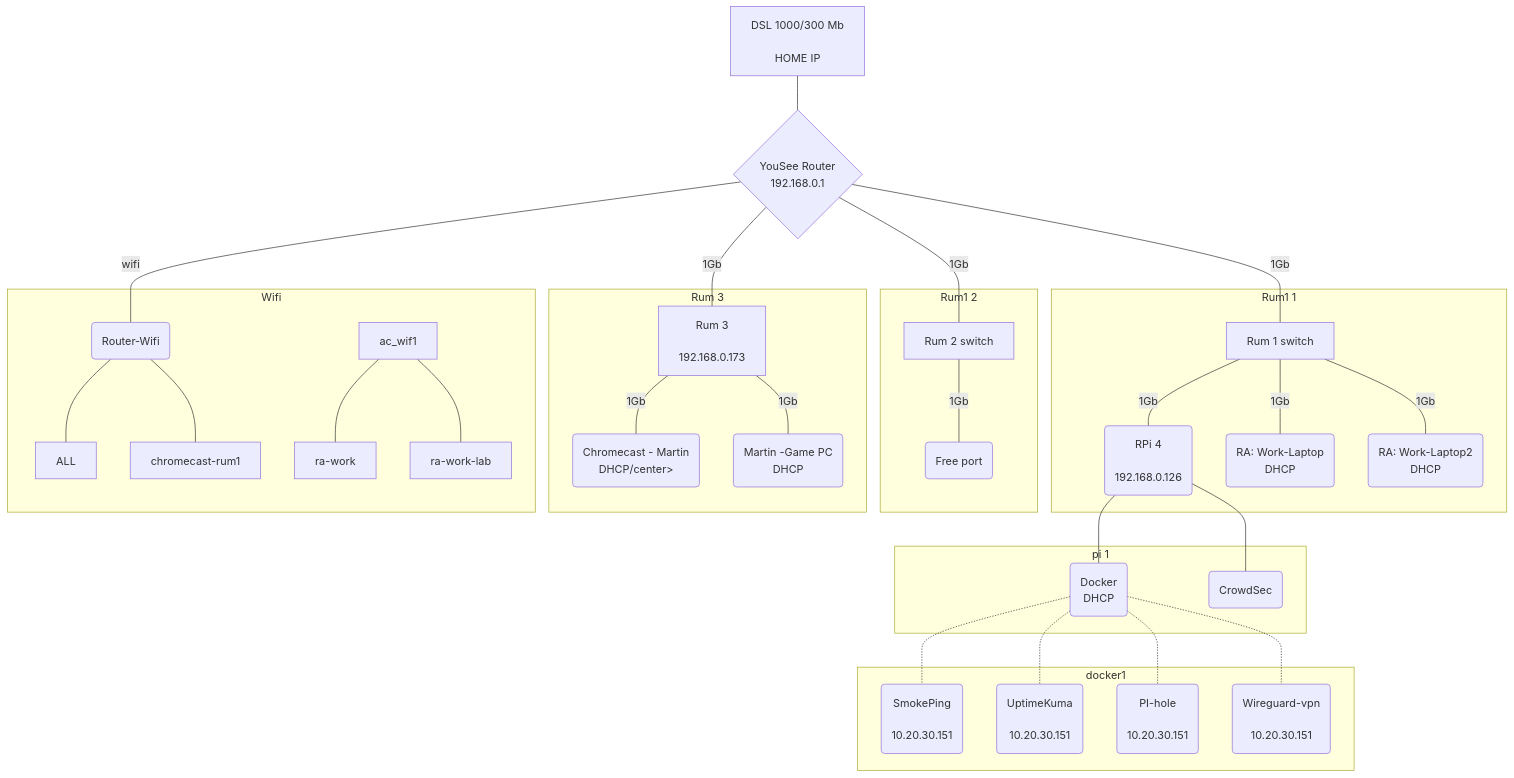
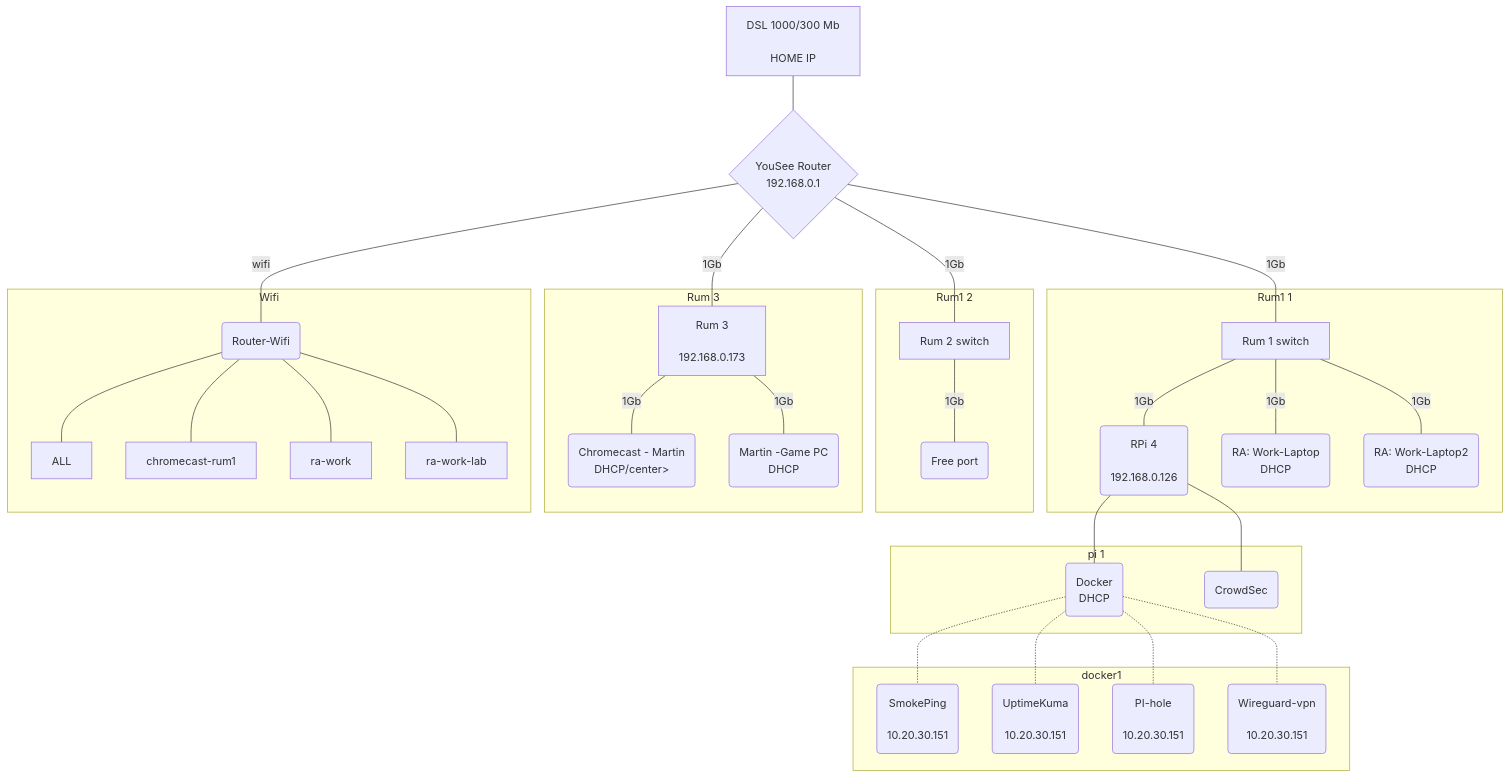
Before and after one commit to alf149/ansible: the diagram in Docs/Index.md, drawn with Mermaid.

````diff
--- a/Docs/Index.md
+++ b/Docs/Index.md
@@ -3,44 +3,44 @@
 ```mermaid
 graph TB
  linkStyle default interpolate basis
  wan1[<center>DSL 1000/300 Mb<br><br>HOME IP</center>]---router{<center>YouSee Router<br>192.168.0.1</center>}
  router---|1Gb|rum_1[<center>Rum 1 switch</center>]
  router---|1Gb|rum_2[<center>Rum 2 switch</center>]
  router---|1Gb|rum_3[<center>Rum 3<br><br>192.168.0.173</center>]
  router---|wifi|ac_wifi(<center>Router-Wifi</center>)
 
 subgraph Rum1 1
 rum_1---|1Gb|pi(<center>RPi 4<br><br>192.168.0.126</center>)
 rum_1---|1Gb|work(<center>RA: Work-Laptop<br>DHCP</center>)
 rum_1---|1Gb|work-lab(<center>RA: Work-Laptop2<br>DHCP</center>)
 end
 
     subgraph pi 1
     pi---docker(<center>Docker<br>DHCP</center>)
     pi---crowdsec(<center>CrowdSec</center>)
     end
 
     subgraph docker1
     docker-.-smokeping(<center>SmokePing<br><br>10.20.30.151</center>)
     docker-.-uptimeKuma(<center>UptimeKuma<br><br>10.20.30.151</center>)
     docker-.-pihole(<center>PI-hole<br><br>10.20.30.151</center>)
     docker-.-wireguardvpn(<center>Wireguard-vpn<br><br>10.20.30.151</center>)
     end
 
 subgraph Rum1 2
 rum_2---|1Gb|free(<center>Free port</center>)
 end
 
 subgraph Rum 3
 rum_3---|1Gb|chromecast-rum3(<center>Chromecast - Martin<br>DHCP/center>)
 rum_3---|1Gb|gamer-pc(<center>Martin -Game PC<br>DHCP</center>)
 end
 
 subgraph Wifi
 ac_wifi---ALL
 ac_wifi---chromecast-rum1
-ac_wif1---ra-work
-ac_wif1---ra-work-lab
+ac_wifi---ra-work
+ac_wifi---ra-work-lab
 end
 
 ```
````
